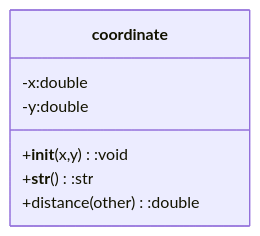
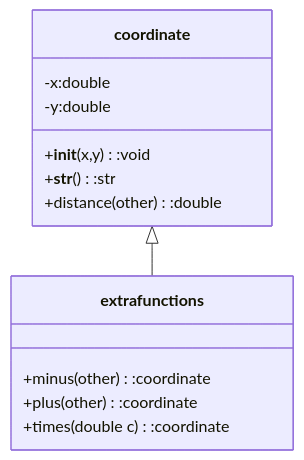
Before and after one commit to ARG-NCTU/oop-python-nycu: the diagram in tests/group6/coordinate.md, drawn with Mermaid.

````diff
--- a/tests/group6/coordinate.md
+++ b/tests/group6/coordinate.md
@@ -2,10 +2,18 @@
 ```mermaid
 classDiagram
     class coordinate{
         -x:double
         -y:double
         +__init__(x,y):void
         +__str__():str
         +distance(other):double
     }
+
+    class extrafunctions{
+        +minus(other):coordinate
+        +plus(other):coordinate
+        +times(double c):coordinate
+    }
+
+coordinate <|-- extrafunctions
 ```
````
